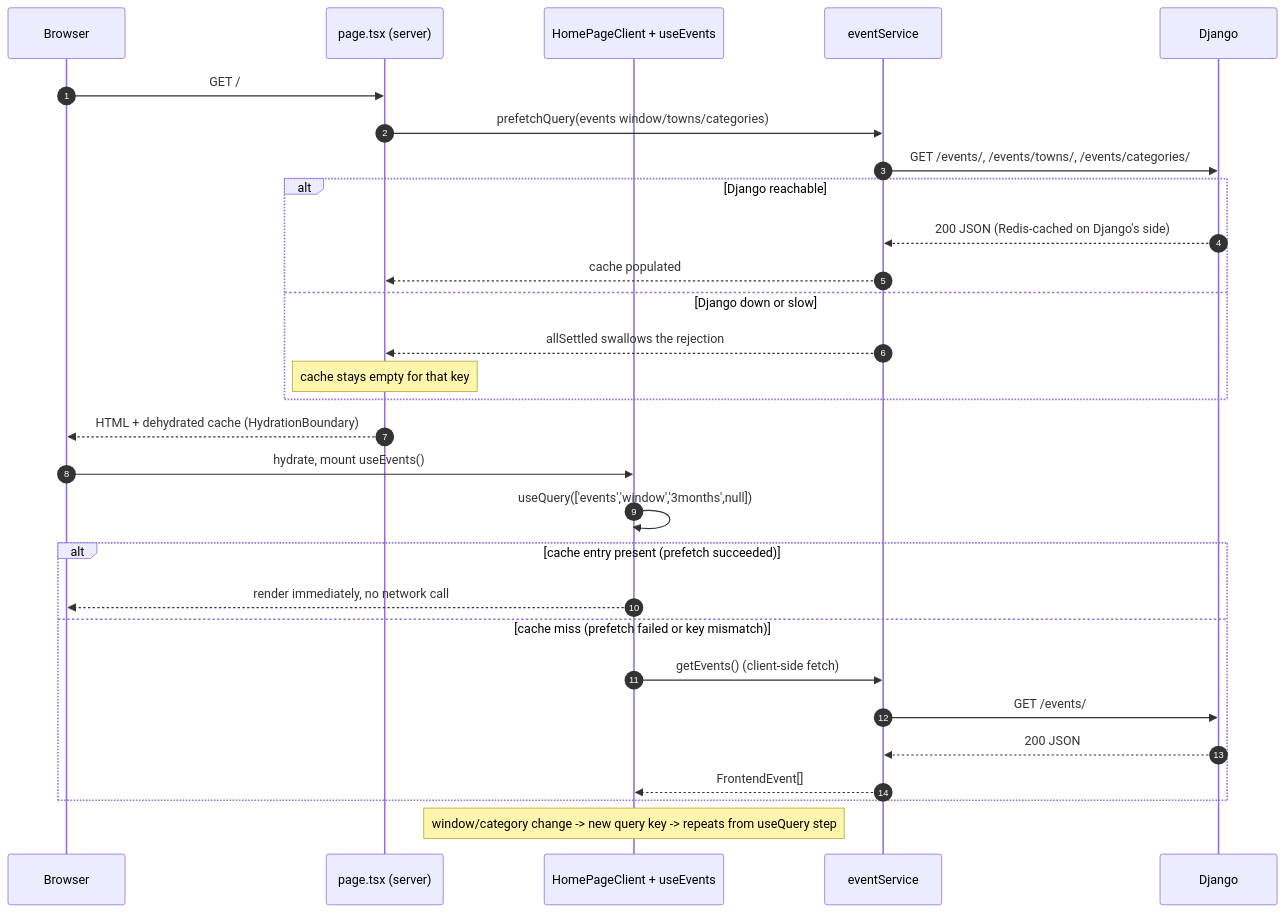
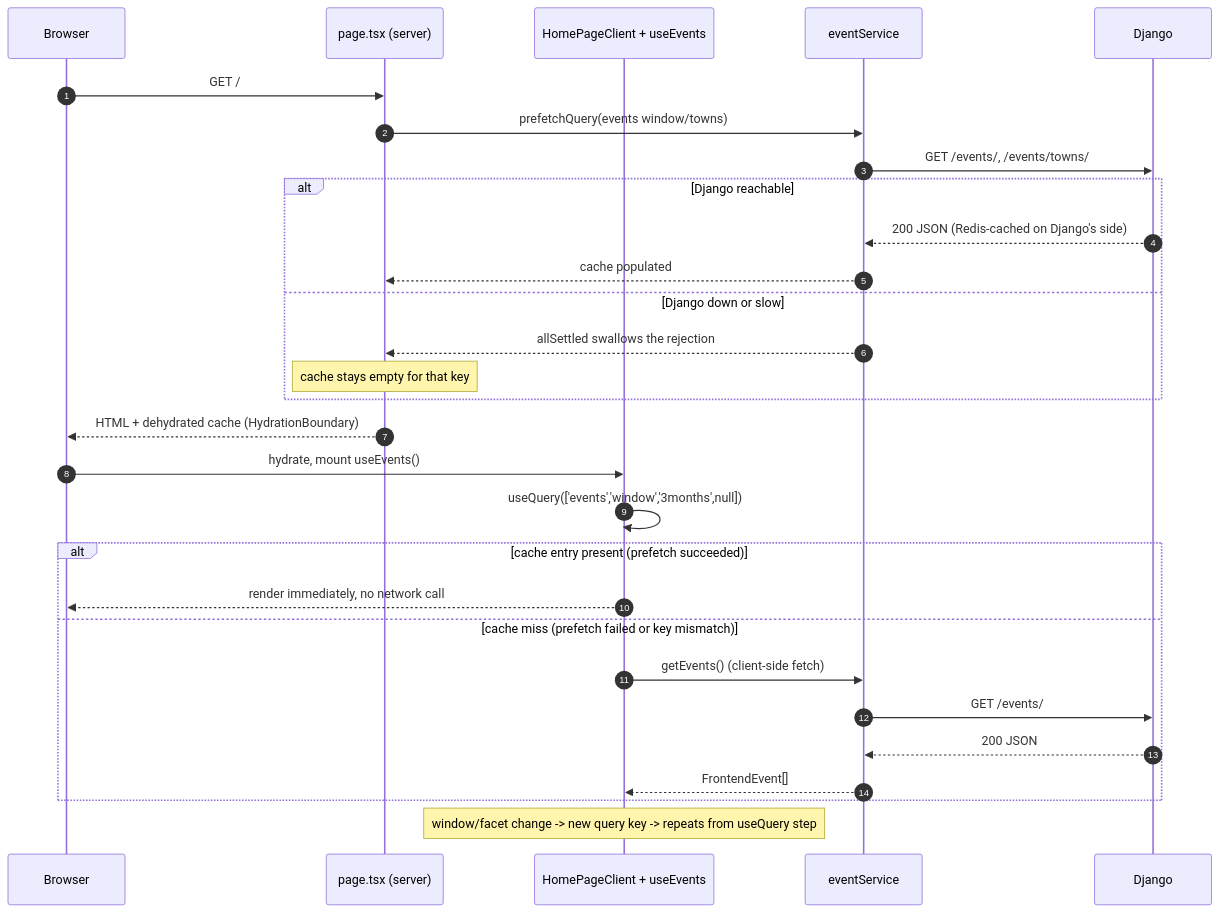
Before and after one commit to gatherstead/thecommons: the first of 3 diagrams in human-docs/frontend.md, drawn with Mermaid. The commit also changed other lines of this file and 63 other files, not shown here.

````diff
--- a/human-docs/frontend.md
+++ b/human-docs/frontend.md
@@ -80,32 +80,32 @@
 ```mermaid
 sequenceDiagram
     autonumber
     participant Browser
     participant Server as page.tsx (server)
     participant Client as HomePageClient + useEvents
     participant Svc as eventService
     participant Django
 
     Browser->>Server: GET /
-    Server->>Svc: prefetchQuery(events window/towns/categories)
-    Svc->>Django: GET /events/, /events/towns/, /events/categories/
+    Server->>Svc: prefetchQuery(events window/towns)
+    Svc->>Django: GET /events/, /events/towns/
     alt Django reachable
         Django-->>Svc: 200 JSON (Redis-cached on Django's side)
         Svc-->>Server: cache populated
     else Django down or slow
         Svc-->>Server: allSettled swallows the rejection
         Note over Server: cache stays empty for that key
     end
     Server-->>Browser: HTML + dehydrated cache (HydrationBoundary)
     Browser->>Client: hydrate, mount useEvents()
     Client->>Client: useQuery(['events','window','3months',null])
     alt cache entry present (prefetch succeeded)
         Client-->>Browser: render immediately, no network call
     else cache miss (prefetch failed or key mismatch)
         Client->>Svc: getEvents() (client-side fetch)
         Svc->>Django: GET /events/
         Django-->>Svc: 200 JSON
         Svc-->>Client: FrontendEvent[]
     end
-    Note over Client: window/category change -> new query key -> repeats from useQuery step
+    Note over Client: window/facet change -> new query key -> repeats from useQuery step
 ```
````
